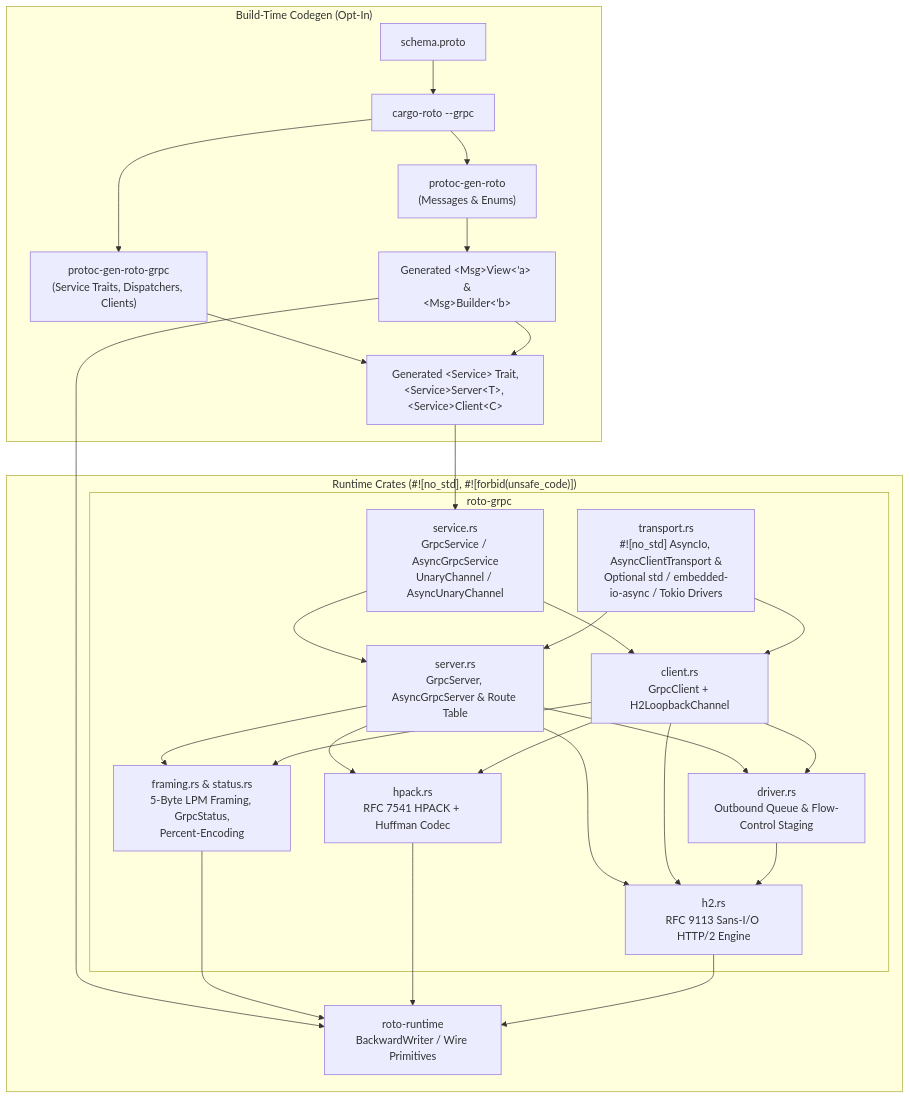
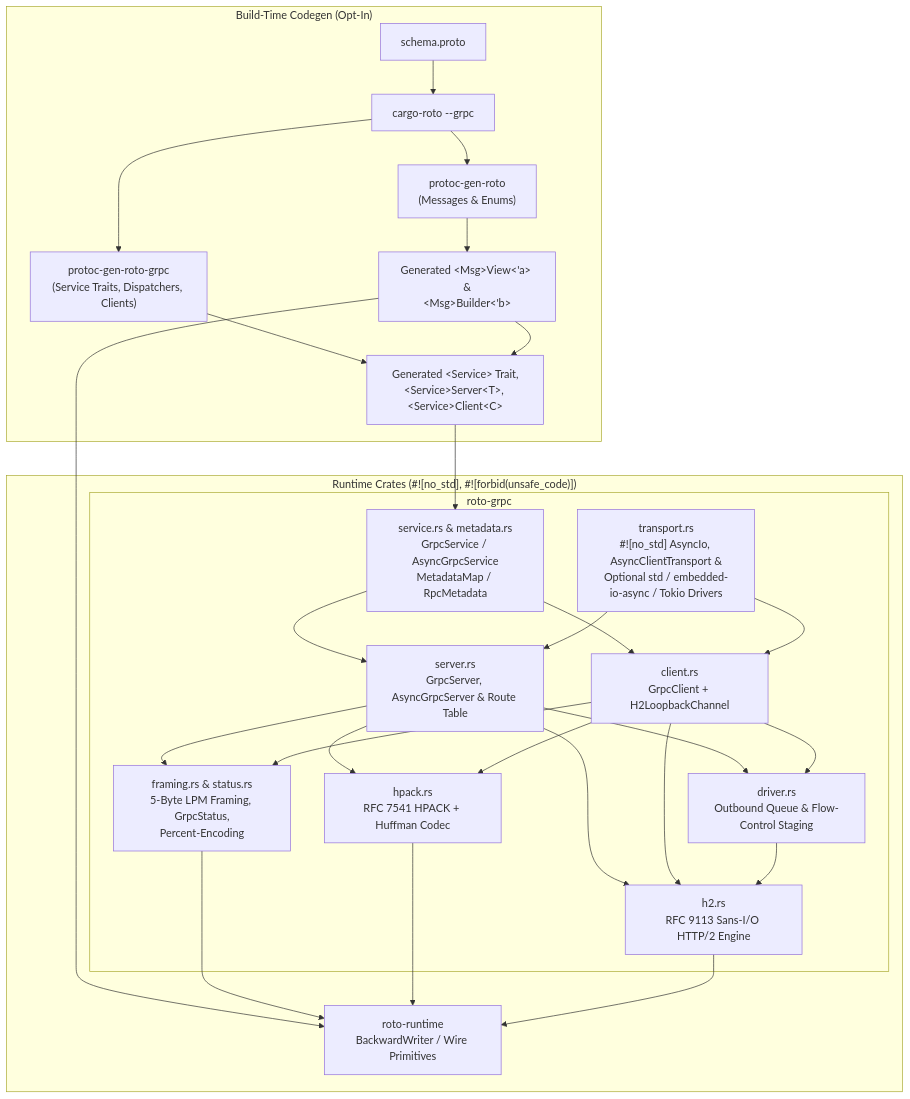
The first of 3 diagrams in docs/grpc.md (chathaway-codes/roto), drawn with Mermaid before and after one commit. The commit also changed other lines of this file and 20 other files, not shown here.

Commit message:
feat(grpc): preserve custom HTTP/2 metadata and fail loudly on overflow

````diff
--- a/docs/grpc.md
+++ b/docs/grpc.md
@@ -15,40 +15,40 @@
 ```mermaid
 flowchart TD
     subgraph Codegen["Build-Time Codegen (Opt-In)"]
         PROTO["schema.proto"]
         CROTO["cargo-roto --grpc"]
         PG_ROTO["protoc-gen-roto<br/>(Messages & Enums)"]
         PG_GRPC["protoc-gen-roto-grpc<br/>(Service Traits, Dispatchers, Clients)"]
         GEN_MSG["Generated &lt;Msg&gt;View&lt;'a&gt; &amp;<br/>&lt;Msg&gt;Builder&lt;'b&gt;"]
         GEN_SVC["Generated &lt;Service&gt; Trait,<br/>&lt;Service&gt;Server&lt;T&gt;, &lt;Service&gt;Client&lt;C&gt;"]
 
         PROTO --> CROTO
         CROTO --> PG_ROTO --> GEN_MSG
         CROTO --> PG_GRPC --> GEN_SVC
         GEN_MSG --> GEN_SVC
     end
 
     subgraph Runtime["Runtime Crates (#![no_std], #![forbid(unsafe_code)])"]
         RR["roto-runtime<br/>BackwardWriter / Wire Primitives"]
 
         subgraph RotoGrpc["roto-grpc"]
-            SVC["service.rs<br/>GrpcService / AsyncGrpcService<br/>UnaryChannel / AsyncUnaryChannel"]
+            SVC["service.rs &amp; metadata.rs<br/>GrpcService / AsyncGrpcService<br/>MetadataMap / RpcMetadata"]
             SRV["server.rs<br/>GrpcServer, AsyncGrpcServer &amp; Route Table"]
             CLI["client.rs<br/>GrpcClient + H2LoopbackChannel"]
             DRV["driver.rs<br/>Outbound Queue &amp; Flow-Control Staging"]
             FRM["framing.rs &amp; status.rs<br/>5-Byte LPM Framing, GrpcStatus,<br/>Percent-Encoding"]
             HPK["hpack.rs<br/>RFC 7541 HPACK + Huffman Codec"]
             H2["h2.rs<br/>RFC 9113 Sans-I/O HTTP/2 Engine"]
             TRN["transport.rs<br/>#![no_std] AsyncIo, AsyncClientTransport &amp;<br/>Optional std / embedded-io-async / Tokio Drivers"]
         end
 
         GEN_MSG --> RR
         GEN_SVC --> SVC
         SVC --> SRV & CLI
         SRV & CLI --> DRV
         SRV & CLI --> FRM & HPK & H2
         DRV --> H2
         TRN --> SRV & CLI
         FRM & HPK & H2 --> RR
     end
 ```
````
